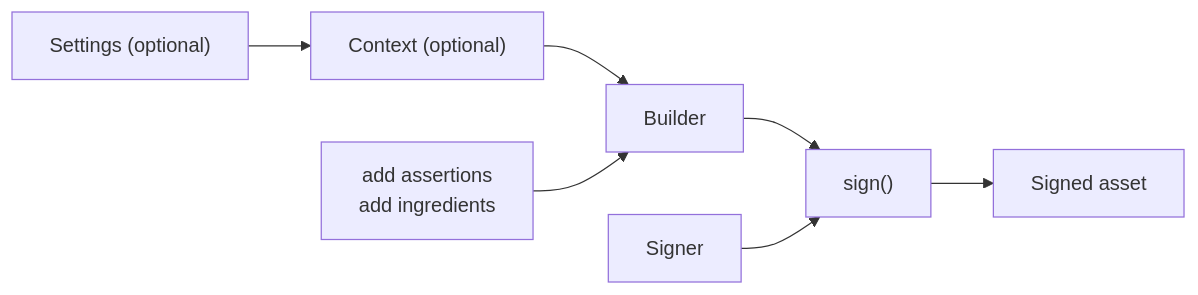
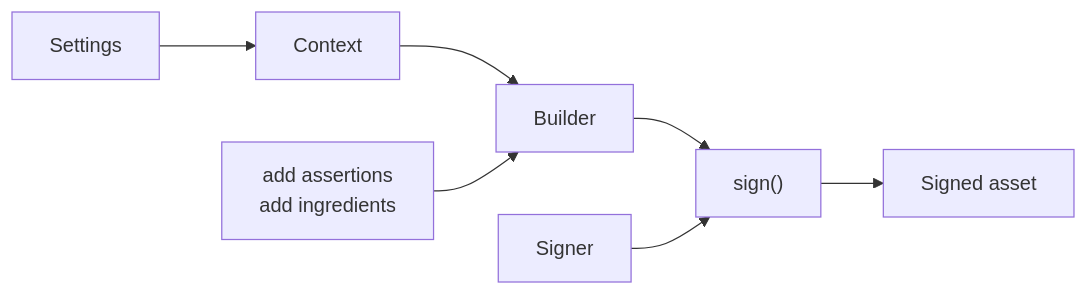
The third of 3 diagrams in docs/tmn-wip-docs/context.md (contentauth/c2pa-python), drawn with Mermaid before and after one commit. The commit also changed other lines of this file, not shown here.

````diff
--- a/docs/tmn-wip-docs/context.md
+++ b/docs/tmn-wip-docs/context.md
@@ -187,9 +187,9 @@
 ```mermaid
 flowchart LR
-    A["Settings (optional)"] --> B["Context (optional)"]
+    A["Settings"] --> B["Context"]
     B --> C[Builder]
     C --> D["sign()"]
     D --> E[Signed asset]
     F[Signer] --> D
     G[add assertions\nadd ingredients] --> C
 ```
````
